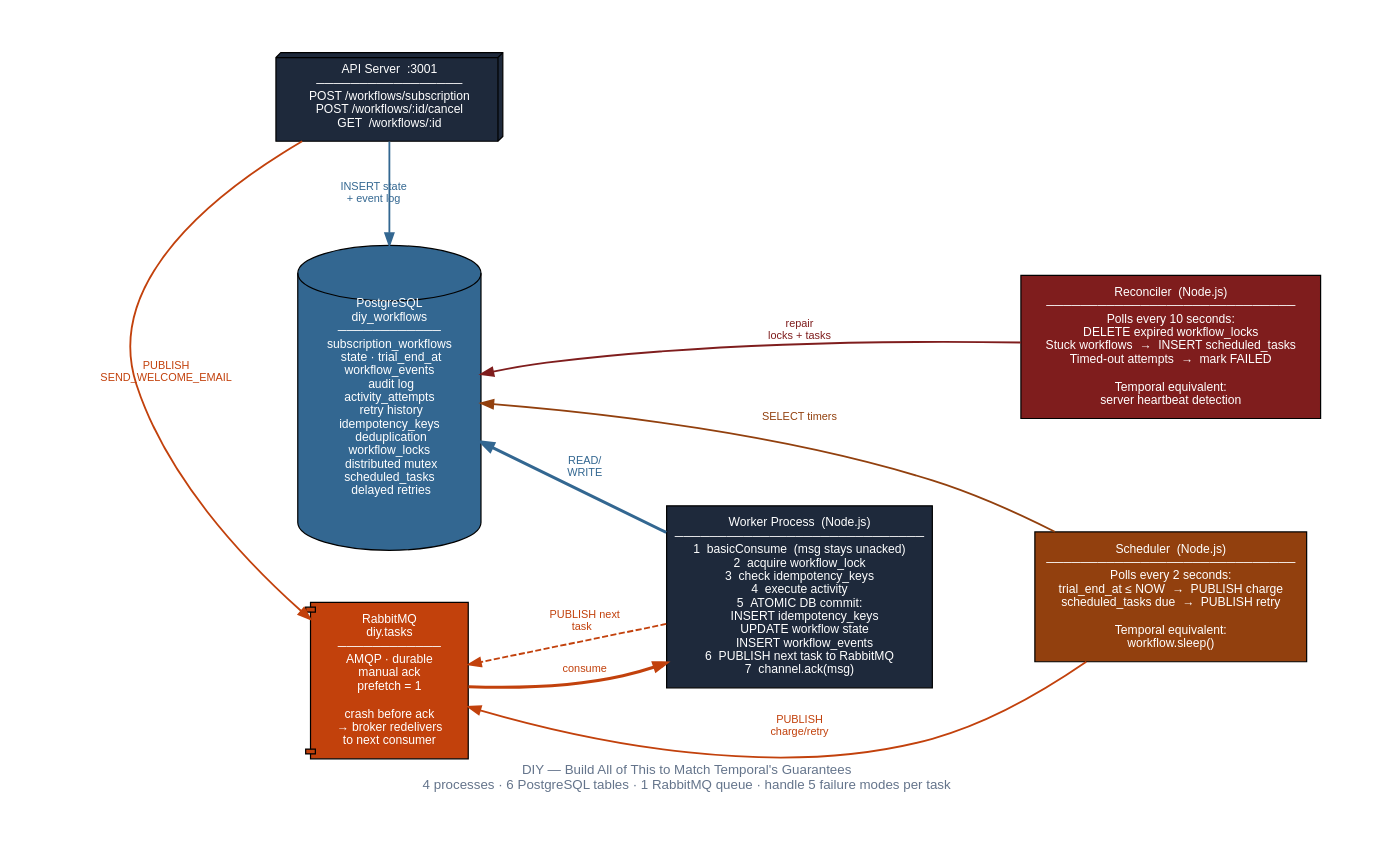
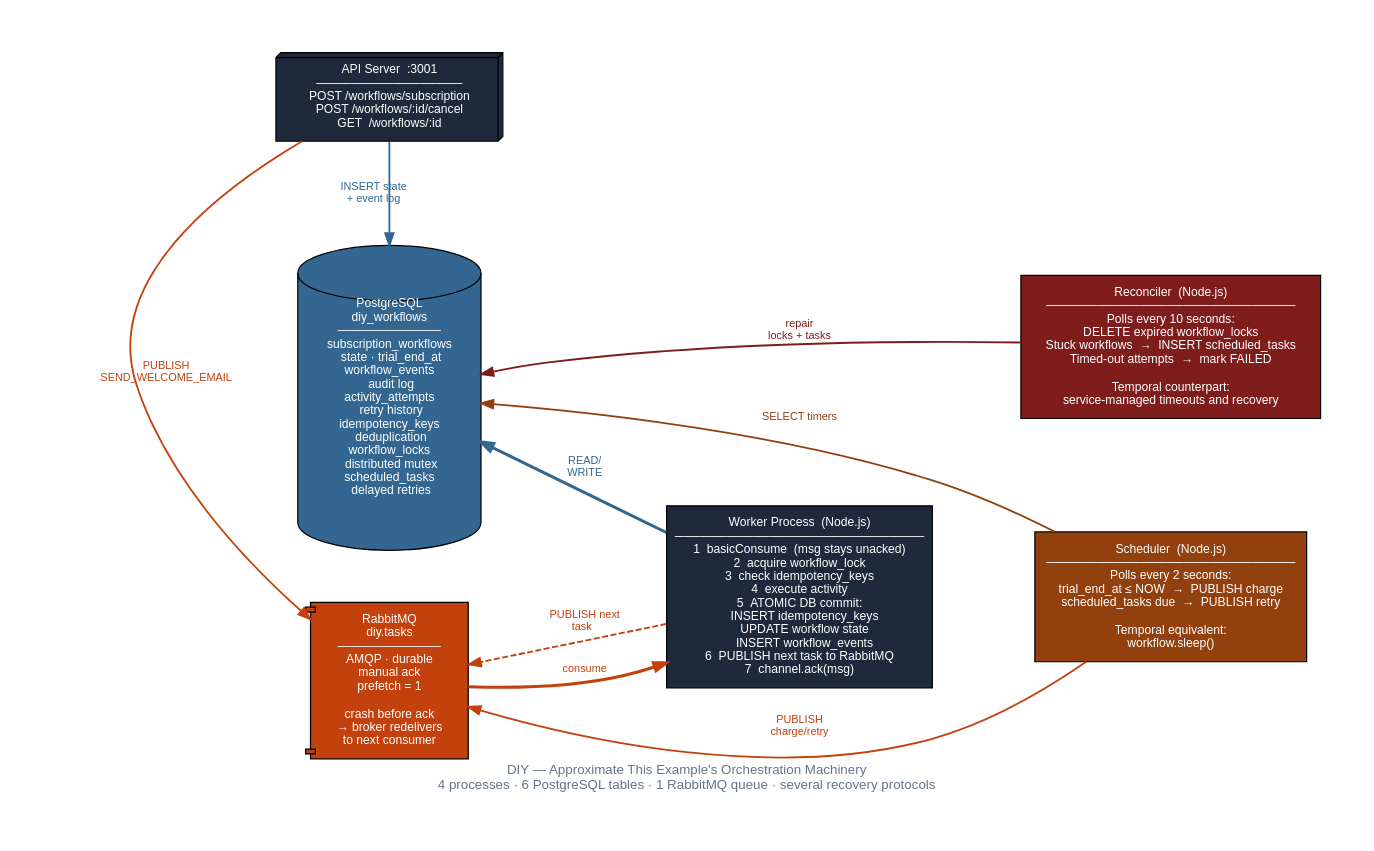
The diagram in docs/diagrams/diy-architecture.dot (HackerM0nk/temporal-from-scratch), drawn with Graphviz before and after one commit. The commit also changed 20 other files, not shown here.

Commit message:
Add a durable Temporal and Flue agentic workflow guide

```diff
--- a/docs/diagrams/diy-architecture.dot
+++ b/docs/diagrams/diy-architecture.dot
@@ -1,55 +1,45 @@
 digraph {
   rankdir=LR
   bgcolor="white"
   fontname="Helvetica"
   nodesep=0.6
   ranksep=1.0
   pad=0.5
-  label="DIY — Build All of This to Match Temporal's Guarantees\n4 processes · 6 PostgreSQL tables · 1 RabbitMQ queue · handle 5 failure modes per task"
+  label="DIY — Approximate This Example's Orchestration Machinery\n4 processes · 6 PostgreSQL tables · 1 RabbitMQ queue · several recovery protocols"
   labelloc=b labeljust=c fontsize=11 fontcolor="#64748B"
 
   node [fontname="Helvetica" style=filled fontsize=10 margin="0.2,0.12"]
   edge [fontname="Helvetica" fontsize=9 penwidth=1.5]
 
-  // ── Column 1: PostgreSQL ──
   pg [label="PostgreSQL\ndiy_workflows\n────────────\nsubscription_workflows\n  state · trial_end_at\nworkflow_events\n  audit log\nactivity_attempts\n  retry history\nidempotency_keys\n  deduplication\nworkflow_locks\n  distributed mutex\nscheduled_tasks\n  delayed retries"
       shape=cylinder fillcolor="#336791" fontcolor="white" width=2.1 height=3.0 fontsize=10]
 
-  // ── Column 2: Processes ──
   api [label="API Server  :3001\n─────────────────\nPOST /workflows/subscription\nPOST /workflows/:id/cancel\nGET  /workflows/:id"
        shape=box3d fillcolor="#1E293B" fontcolor="white" width=2.6 fontsize=10]
 
   worker [label="Worker Process  (Node.js)\n─────────────────────────────\n1  basicConsume  (msg stays unacked)\n2  acquire workflow_lock\n3  check idempotency_keys\n4  execute activity\n5  ATOMIC DB commit:\n    INSERT idempotency_keys\n    UPDATE workflow state\n    INSERT workflow_events\n6  PUBLISH next task to RabbitMQ\n7  channel.ack(msg)"
           shape=box fillcolor="#1E293B" fontcolor="white" width=3.0 fontsize=10]
 
   sched [label="Scheduler  (Node.js)\n─────────────────────────────\nPolls every 2 seconds:\ntrial_end_at ≤ NOW  →  PUBLISH charge\nscheduled_tasks due  →  PUBLISH retry\n\nTemporal equivalent:\nworkflow.sleep()"
          shape=box fillcolor="#92400E" fontcolor="white" width=2.6 fontsize=10]
 
-  recon [label="Reconciler  (Node.js)\n─────────────────────────────\nPolls every 10 seconds:\nDELETE expired workflow_locks\nStuck workflows  →  INSERT scheduled_tasks\nTimed-out attempts  →  mark FAILED\n\nTemporal equivalent:\nserver heartbeat detection"
+  recon [label="Reconciler  (Node.js)\n─────────────────────────────\nPolls every 10 seconds:\nDELETE expired workflow_locks\nStuck workflows  →  INSERT scheduled_tasks\nTimed-out attempts  →  mark FAILED\n\nTemporal counterpart:\nservice-managed timeouts and recovery"
          shape=box fillcolor="#7F1D1D" fontcolor="white" width=2.6 fontsize=10]
 
-  // ── Column 3: RabbitMQ ──
   mq [label="RabbitMQ\ndiy.tasks\n────────────\nAMQP · durable\nmanual ack\nprefetch = 1\n\ncrash before ack\n→ broker redelivers\nto next consumer"
       shape=component fillcolor="#C2410C" fontcolor="white" width=1.8 fontsize=10]
 
-  // ── Rankings ──
   { rank=same; pg; api; mq }
   { rank=same; sched; recon }
 
-  // ── Edges ──
   api -> pg    [label="INSERT state\n+ event log" color="#336791" fontcolor="#336791"]
   api -> mq    [label="PUBLISH\nSEND_WELCOME_EMAIL" color="#C2410C" fontcolor="#C2410C"]
-
   mq -> worker [label=" consume" color="#C2410C" fontcolor="#C2410C" penwidth=2.5]
   worker -> pg [label="READ/\nWRITE" color="#336791" fontcolor="#336791" penwidth=2.5]
   worker -> mq [label="PUBLISH next\ntask  " color="#C2410C" fontcolor="#C2410C" style=dashed]
-
   sched -> pg  [label="SELECT timers " color="#92400E" fontcolor="#92400E"]
   sched -> mq  [label="PUBLISH\ncharge/retry" color="#C2410C" fontcolor="#C2410C"]
-
   recon -> pg  [label="repair\nlocks + tasks " color="#7F1D1D" fontcolor="#7F1D1D"]
-
-  // ── Invisible layout aids ──
   worker -> sched [style=invis]
   worker -> recon [style=invis]
 }
```
